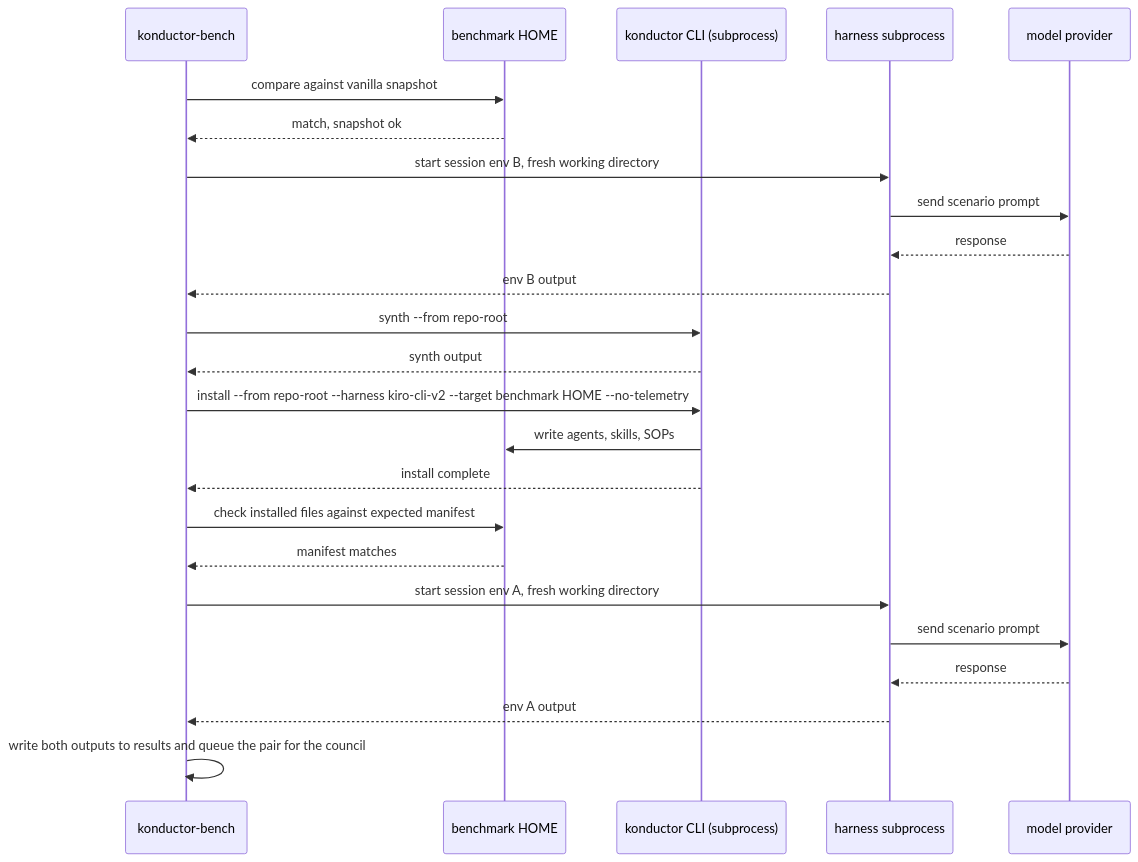
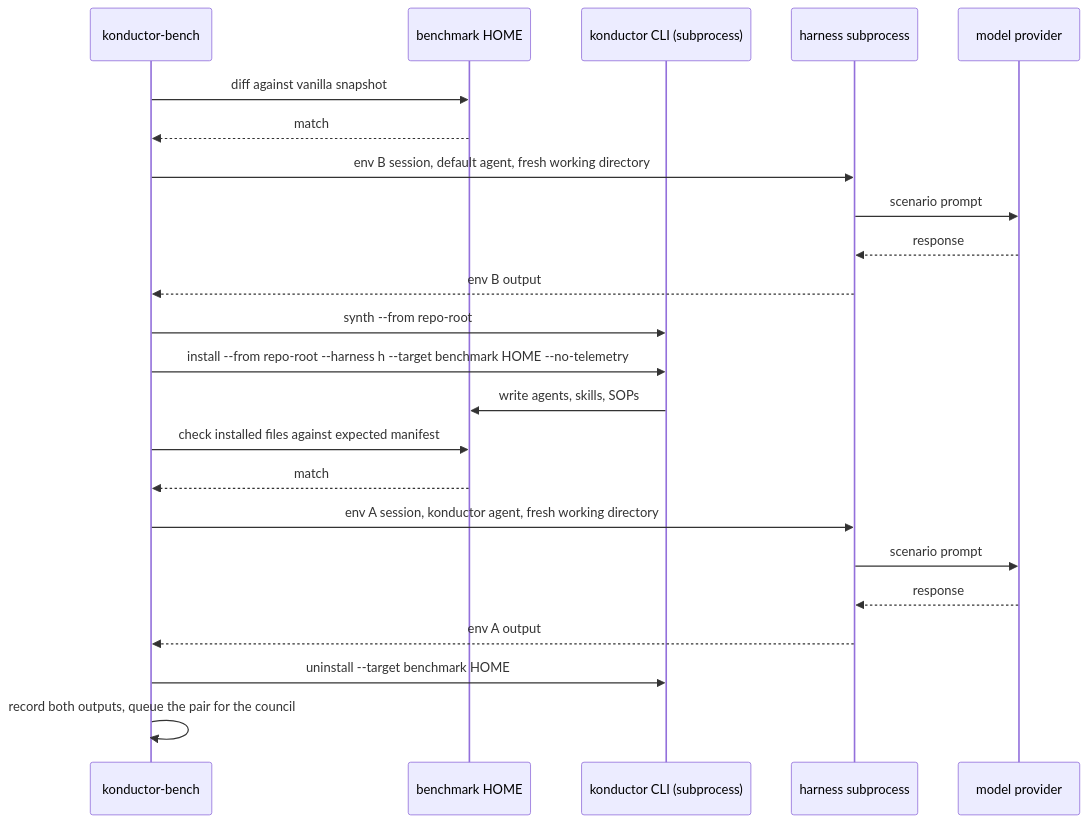
One commit to aws-solutions/konductor changed the second of 4 diagrams in .konductor/designs/benchmarking/design.md. Above: the diagram before and after it, drawn with Mermaid. The commit also changed other lines of this file, not shown here.

````diff
--- a/.konductor/designs/benchmarking/design.md
+++ b/.konductor/designs/benchmarking/design.md
@@ -181,33 +156,26 @@
 ```mermaid
 sequenceDiagram
     participant Bench as konductor-bench
     participant Home as benchmark HOME
     participant Konductor as konductor CLI (subprocess)
     participant Sub as harness subprocess
     participant Model as model provider
 
-    Bench->>Home: compare against vanilla snapshot
-    Home-->>Bench: match, snapshot ok
-
-    Bench->>Sub: start session env B, fresh working directory
-    Sub->>Model: send scenario prompt
+    Bench->>Home: diff against vanilla snapshot
+    Home-->>Bench: match
+    Bench->>Sub: env B session, default agent, fresh working directory
+    Sub->>Model: scenario prompt
     Model-->>Sub: response
     Sub-->>Bench: env B output
-
     Bench->>Konductor: synth --from repo-root
-    Konductor-->>Bench: synth output
-
-    Bench->>Konductor: install --from repo-root --harness kiro-cli-v2 --target benchmark HOME --no-telemetry
+    Bench->>Konductor: install --from repo-root --harness h --target benchmark HOME --no-telemetry
     Konductor->>Home: write agents, skills, SOPs
-    Konductor-->>Bench: install complete
-
     Bench->>Home: check installed files against expected manifest
-    Home-->>Bench: manifest matches
-
-    Bench->>Sub: start session env A, fresh working directory
-    Sub->>Model: send scenario prompt
+    Home-->>Bench: match
+    Bench->>Sub: env A session, konductor agent, fresh working directory
+    Sub->>Model: scenario prompt
     Model-->>Sub: response
     Sub-->>Bench: env A output
-
-    Bench->>Bench: write both outputs to results and queue the pair for the council
+    Bench->>Konductor: uninstall --target benchmark HOME
+    Bench->>Bench: record both outputs, queue the pair for the council
 ```
````
